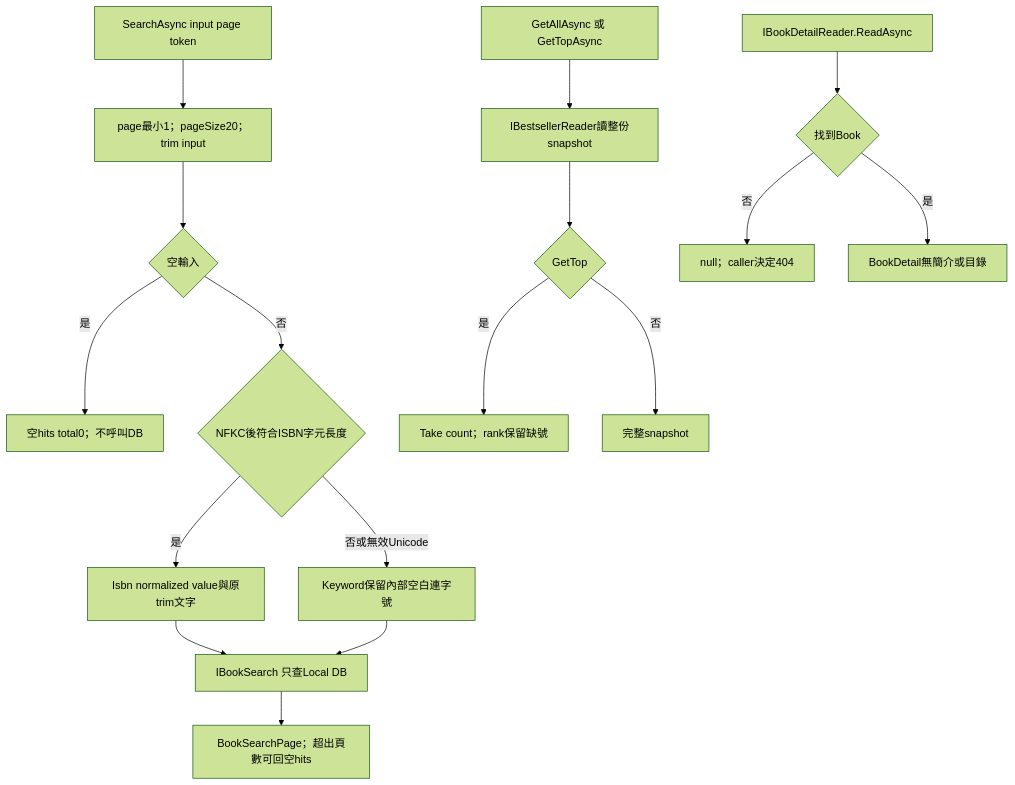
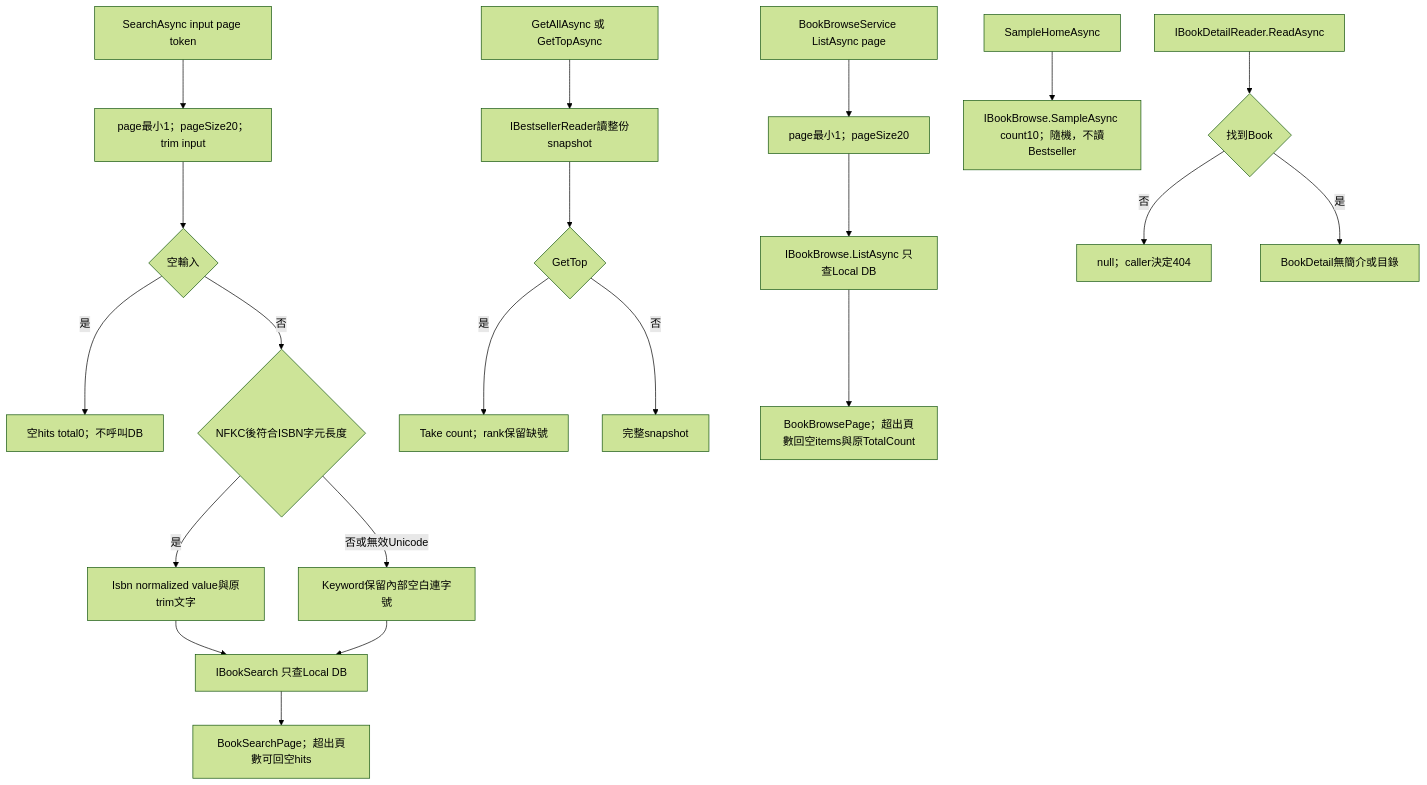
One commit to Arthur801/Book-Finder changed the second of 7 diagrams in Application/docs/workflow-diagram.md. Above: the diagram before and after it, drawn with Mermaid (forest theme). The commit also changed other lines of this file and 13 other files, not shown here.

````diff
--- a/Application/docs/workflow-diagram.md
+++ b/Application/docs/workflow-diagram.md
@@ -32,19 +33,23 @@
 ```mermaid
 flowchart TD
   S[SearchAsync input page token] --> N[page最小1；pageSize20；trim input]
   N --> Q{空輸入}
   Q -->|是| EMPTY[空hits total0；不呼叫DB]
   Q -->|否| ISBN{NFKC後符合ISBN字元長度}
   ISBN -->|是| I[Isbn normalized value與原trim文字]
   ISBN -->|否或無效Unicode| K[Keyword保留內部空白連字號]
   I --> PORT[IBookSearch 只查Local DB]
   K --> PORT
   PORT --> PAGE[BookSearchPage；超出頁數可回空hits]
   B[GetAllAsync 或 GetTopAsync] --> BR[IBestsellerReader讀整份snapshot]
   BR --> TOP{GetTop}
   TOP -->|是| TAKE[Take count；rank保留缺號]
   TOP -->|否| ALL[完整snapshot]
+  L[BookBrowseService ListAsync page] --> LP[page最小1；pageSize20]
+  LP --> BPORT[IBookBrowse.ListAsync 只查Local DB]
+  BPORT --> BPAGE[BookBrowsePage；超出頁數回空items與原TotalCount]
+  H[SampleHomeAsync] --> HS[IBookBrowse.SampleAsync count10；隨機，不讀Bestseller]
   D[IBookDetailReader.ReadAsync] --> EXISTS{找到Book}
   EXISTS -->|否| NULL[null；caller決定404]
   EXISTS -->|是| SAFE[BookDetail無簡介或目錄]
 ```
````
